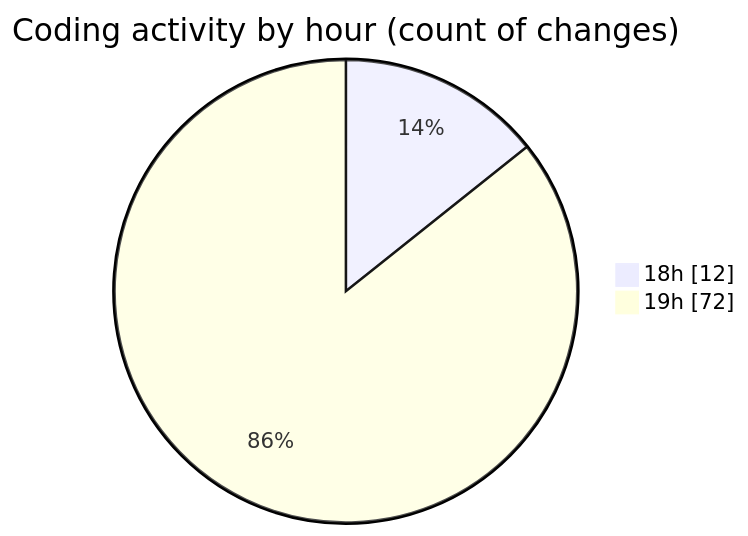
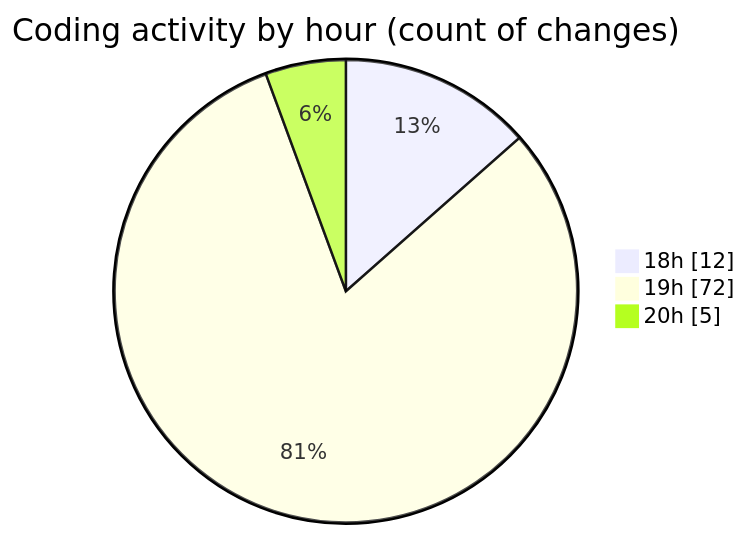
One commit to MatusMokan/code-tracking changed the second of 2 diagrams in 2025-03-14/myws__workspace_/README.md. Above: the diagram before and after it, drawn with Mermaid. The commit also changed other lines of this file and 1 other file, not shown here.

````diff
--- a/2025-03-14/myws__workspace_/README.md
+++ b/2025-03-14/myws__workspace_/README.md
@@ -30,6 +30,7 @@
 ```mermaid
 pie showData
 title Coding activity by hour (count of changes)
 "18h" : 12
 "19h" : 72
+"20h" : 5
 ```
````
